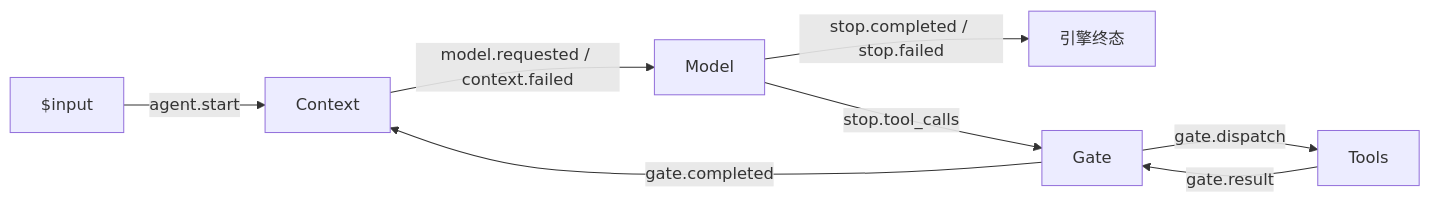
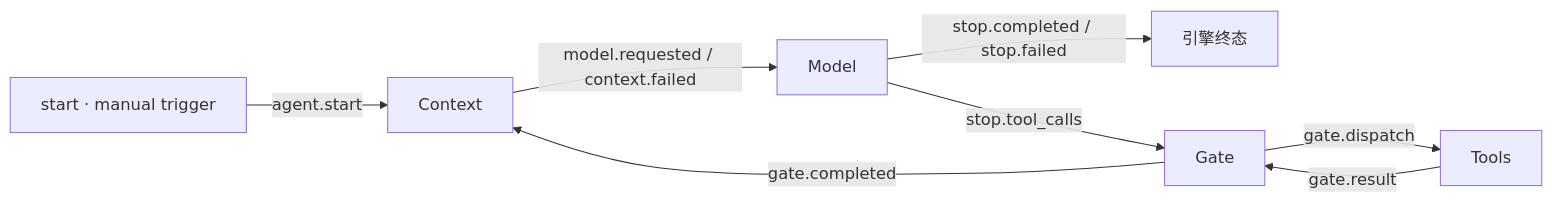
Before and after one commit to xinjiyuan97/Mina: the second of 2 diagrams in docs/design/agent/static-agent-graph.md, drawn with Mermaid. The commit also changed other lines of this file and 18 other files, not shown here.

Commit message:
feat(graph): add named manual trigger nodes and graph schema v2

````diff
--- a/docs/design/agent/static-agent-graph.md
+++ b/docs/design/agent/static-agent-graph.md
@@ -136,10 +142,10 @@
 ```mermaid
 flowchart LR
-    Input["$input"] -->|agent.start| Context[Context]
+    Trigger["start · manual trigger"] -->|agent.start| Context[Context]
     Context -->|model.requested / context.failed| Model[Model]
     Model -->|stop.completed / stop.failed| End[引擎终态]
     Model -->|stop.tool_calls| Gate[Gate]
     Gate -->|gate.dispatch| Tools[Tools]
     Tools -->|gate.result| Gate
     Gate -->|gate.completed| Context
 ```
````
